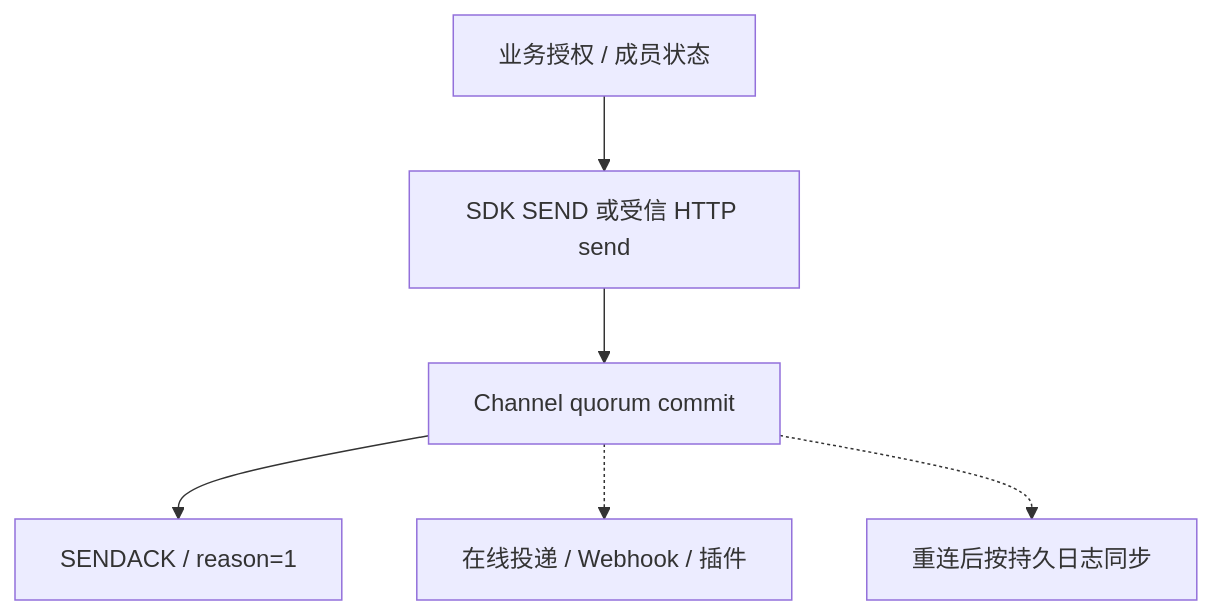
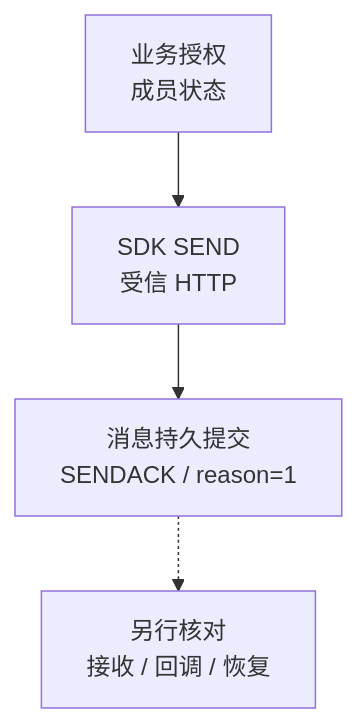
One commit to WuKongIM/WuKongIM changed the diagram in docs-site/content/docs/guide/tutorials/index.mdx. Above: the diagram before and after it, drawn with Mermaid. The commit also changed other lines of this file and 9 other files, not shown here.

````diff
--- a/docs-site/content/docs/guide/tutorials/index.mdx
+++ b/docs-site/content/docs/guide/tutorials/index.mdx
@@ -33,7 +28,6 @@
 ```mermaid
 flowchart TD
-  Policy["业务授权 / 成员状态"] --> Send["SDK SEND 或受信 HTTP send"]
-  Send --> Commit["Channel quorum commit"] --> Ack["SENDACK / reason=1"]
-  Commit -.-> Effects["在线投递 / Webhook / 插件"]
-  Commit -.-> Recovery["重连后按持久日志同步"]
+  policy["业务授权<br/>成员状态"] --> send["SDK SEND<br/>受信 HTTP"]
+  send --> commit["消息持久提交<br/>SENDACK / reason=1"]
+  commit -.-> effects["另行核对<br/>接收 / 回调 / 恢复"]
 ```
````
